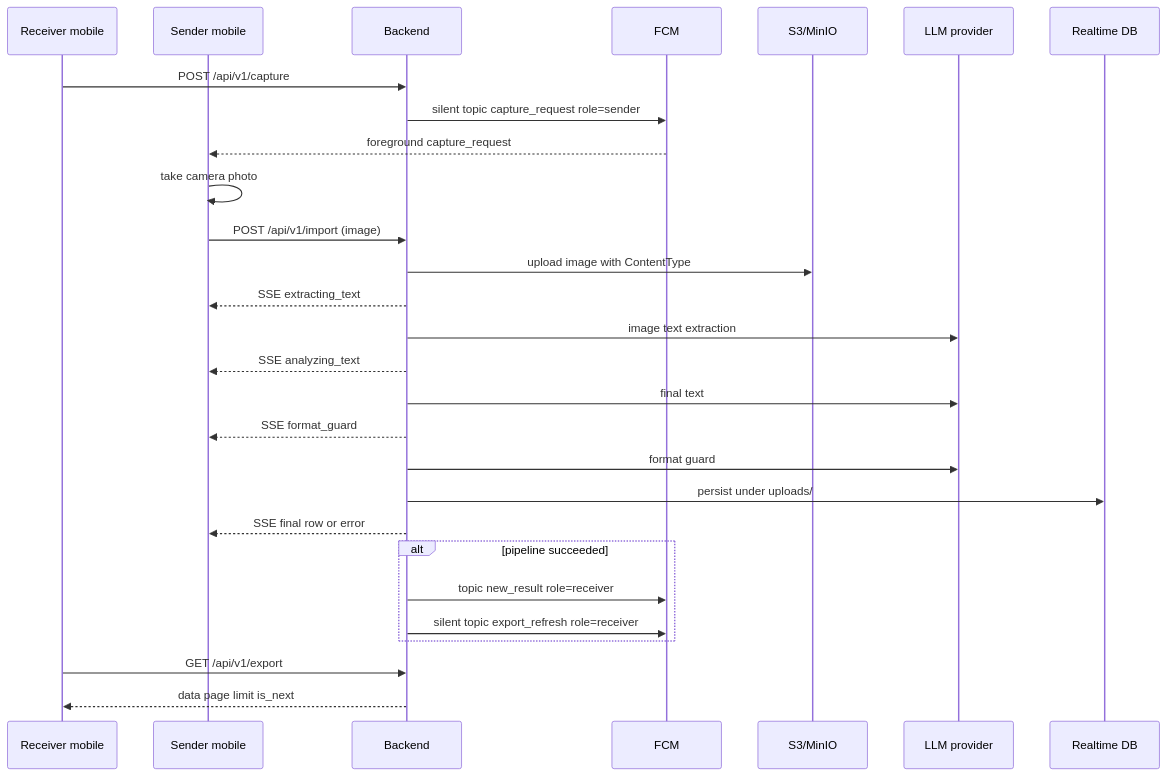
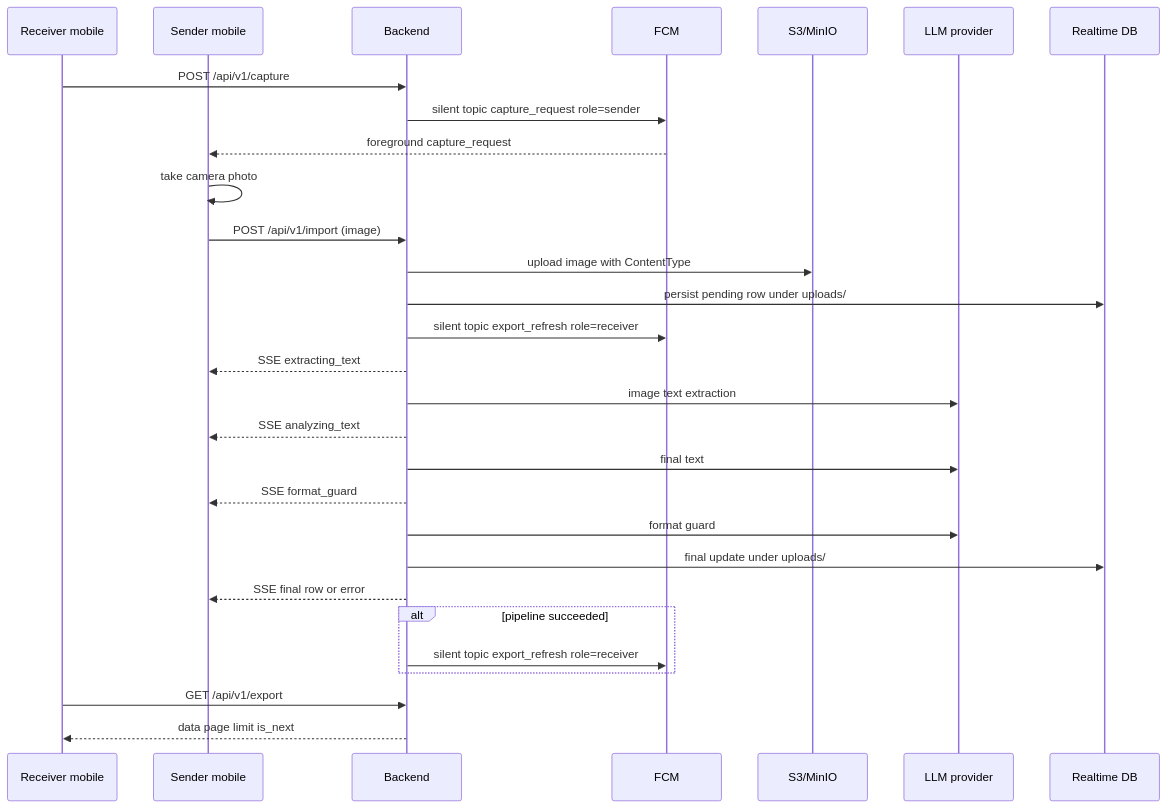
The diagram in docs/workflow.md (lowjungxuan98/AirEye), drawn with Mermaid before and after one commit. The commit also changed other lines of this file and 220 other files, not shown here.

First line of the commit message:
Restructure mobile packages, add sender camera, and wire FCM capture flow

````diff
--- a/docs/workflow.md
+++ b/docs/workflow.md
@@ -16,30 +16,31 @@
 ```mermaid
 sequenceDiagram
   participant RCV as Receiver mobile
   participant SND as Sender mobile
   participant B as Backend
   participant F as FCM
   participant S3 as S3/MinIO
   participant L as LLM provider
   participant DB as Realtime DB
   RCV->>B: POST /api/v1/capture
   B->>F: silent topic capture_request role=sender
   F-->>SND: foreground capture_request
   SND->>SND: take camera photo
   SND->>B: POST /api/v1/import (image)
   B->>S3: upload image with ContentType
+  B->>DB: persist pending row under uploads/
+  B->>F: silent topic export_refresh role=receiver
   B-->>SND: SSE extracting_text
   B->>L: image text extraction
   B-->>SND: SSE analyzing_text
   B->>L: final text
   B-->>SND: SSE format_guard
   B->>L: format guard
-  B->>DB: persist under uploads/
+  B->>DB: final update under uploads/
   B-->>SND: SSE final row or error
   alt pipeline succeeded
-    B->>F: topic new_result role=receiver
     B->>F: silent topic export_refresh role=receiver
   end
   RCV->>B: GET /api/v1/export
   B-->>RCV: data page limit is_next
 ```
````
